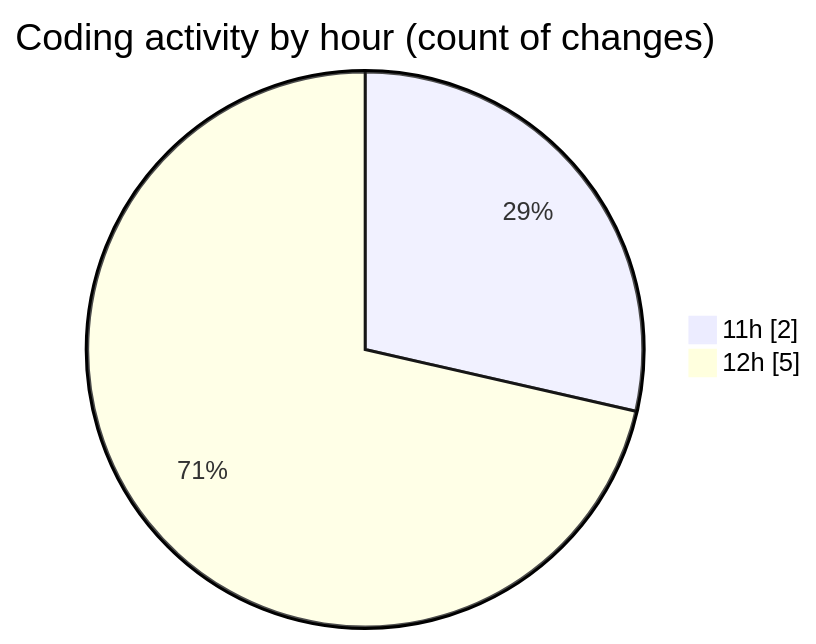
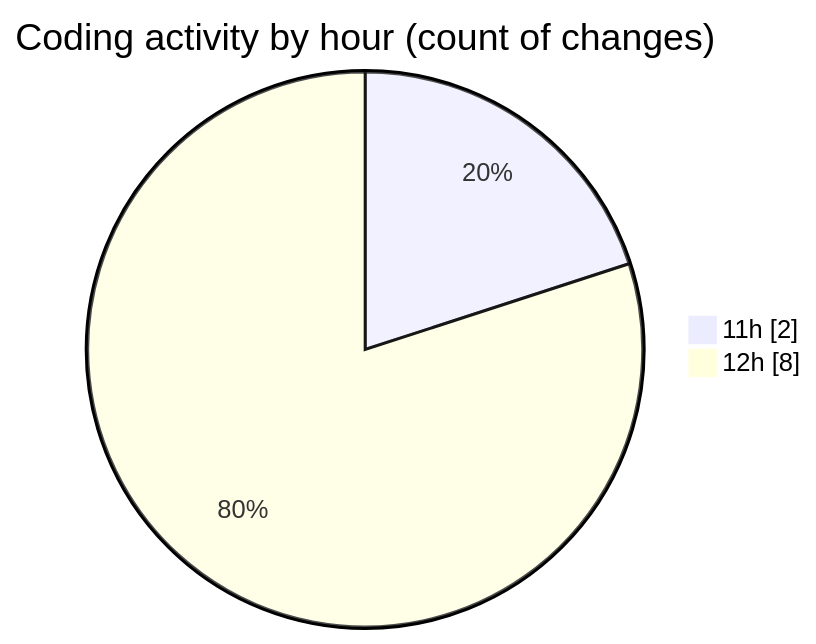
One commit to nxtqubesakshisongat/code-tracking changed the second of 2 diagrams in 2026-05-25/nxtqube_webapp/README.md. Above: the diagram before and after it, drawn with Mermaid. The commit also changed other lines of this file and 1 other file, not shown here.

````diff
--- a/2026-05-25/nxtqube_webapp/README.md
+++ b/2026-05-25/nxtqube_webapp/README.md
@@ -29,6 +31,6 @@
 ```mermaid
 pie showData
 title Coding activity by hour (count of changes)
 "11h" : 2
-"12h" : 5
+"12h" : 8
 ```
````
